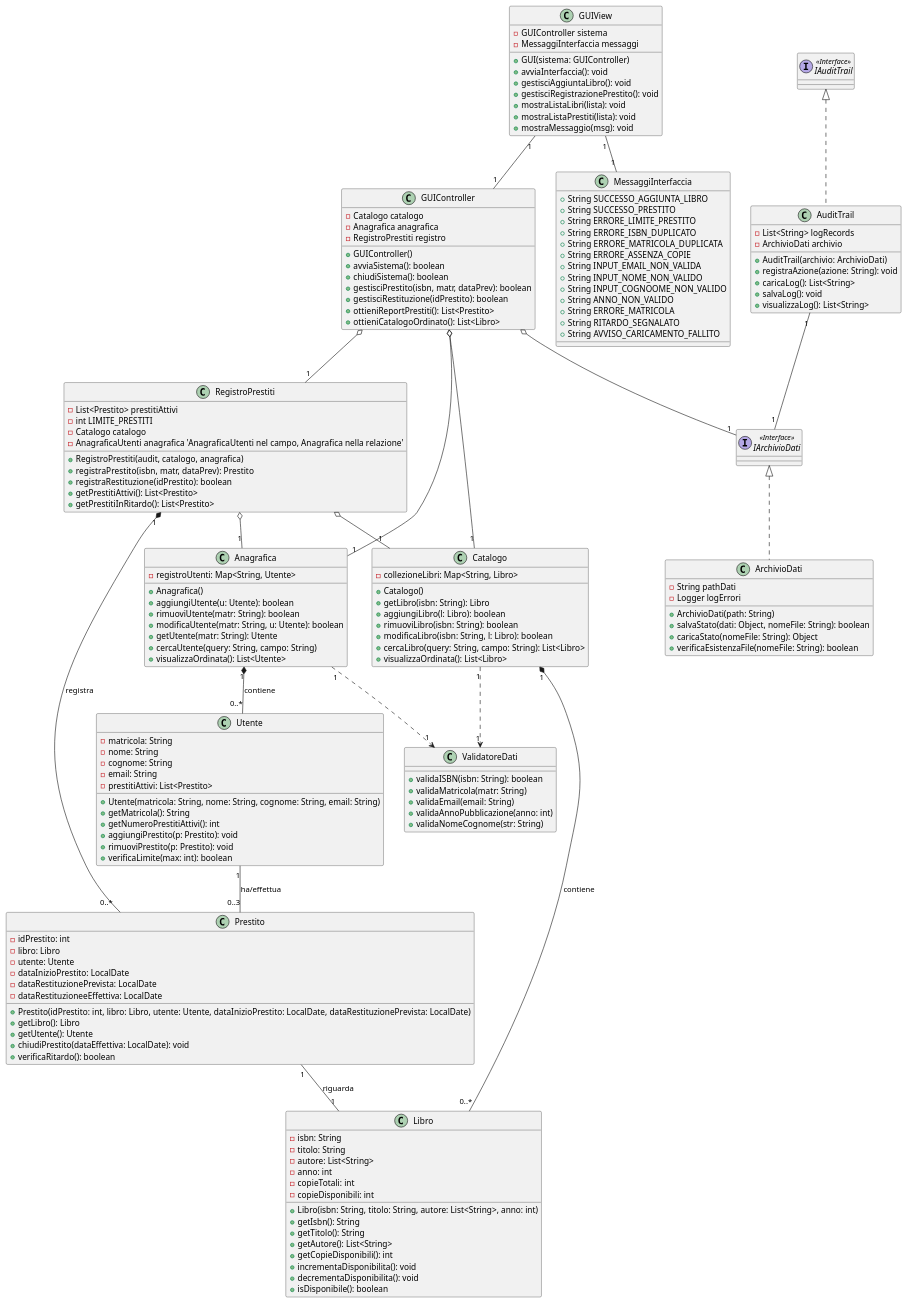
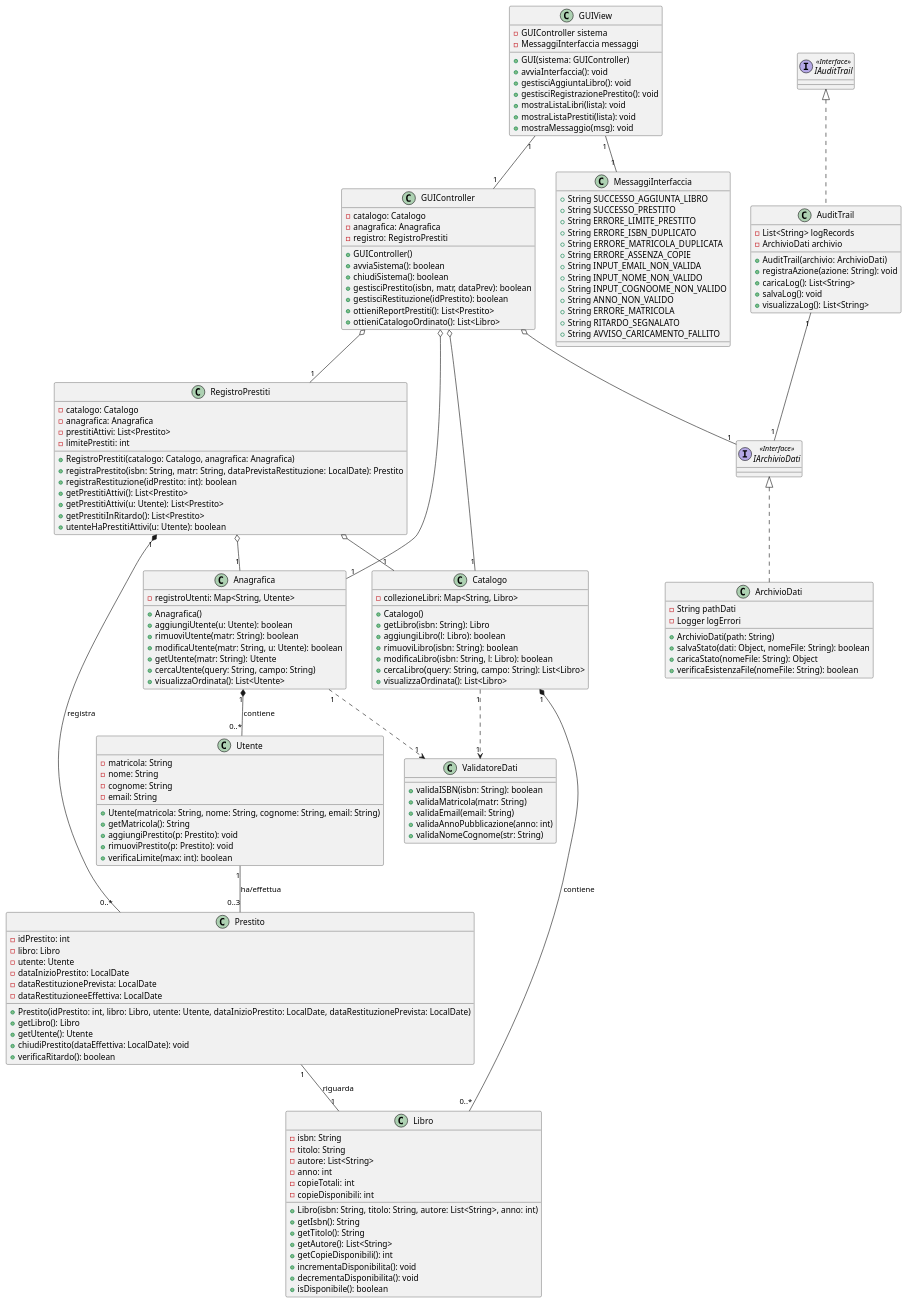
The diagram in Biblioteca/src/main/UML Class Diagram/Class Diagram.puml (c-dilieto4/Progetto-Biblioteca), drawn with PlantUML before and after one commit.

Commit message:
Uml updated

```diff
--- a/Biblioteca/src/main/UML Class Diagram/Class Diagram.puml
+++ b/Biblioteca/src/main/UML Class Diagram/Class Diagram.puml
@@ -1,189 +1,189 @@
 @startuml
 ' Definizioni delle Classi
 class Libro {
   -isbn: String 
   -titolo: String 
   -autore: List<String> 
   -anno: int 
   -copieTotali: int 
   -copieDisponibili: int 
   +Libro(isbn: String, titolo: String, autore: List<String>, anno: int)
   +getIsbn(): String
   +getTitolo(): String
   +getAutore(): List<String>
   +getCopieDisponibili(): int
   +incrementaDisponibilita(): void
   +decrementaDisponibilita(): void
   +isDisponibile(): boolean
 }
 
 class Utente {
   -matricola: String 
   -nome: String 
   -cognome: String 
   -email: String 
-  -prestitiAttivi: List<Prestito> 
   +Utente(matricola: String, nome: String, cognome: String, email: String)
   +getMatricola(): String
-  +getNumeroPrestitiAttivi(): int
   +aggiungiPrestito(p: Prestito): void
   +rimuoviPrestito(p: Prestito): void
   +verificaLimite(max: int): boolean
 }
 
 class Prestito {
   -idPrestito: int
   -libro: Libro 
   -utente: Utente 
   -dataInizioPrestito: LocalDate 
   -dataRestituzionePrevista: LocalDate 
   -dataRestituzioneeEffettiva: LocalDate 
   +Prestito(idPrestito: int, libro: Libro, utente: Utente, dataInizioPrestito: LocalDate, dataRestituzionePrevista: LocalDate)
   +getLibro(): Libro
   +getUtente(): Utente
   +chiudiPrestito(dataEffettiva: LocalDate): void
   +verificaRitardo(): boolean
 }
 
 class Catalogo {
   -collezioneLibri: Map<String, Libro> 
   +Catalogo()
   +getLibro(isbn: String): Libro
   +aggiungiLibro(l: Libro): boolean
   +rimuoviLibro(isbn: String): boolean
   +modificaLibro(isbn: String, l: Libro): boolean
   +cercaLibro(query: String, campo: String): List<Libro>
   +visualizzaOrdinata(): List<Libro>
 }
 
 class Anagrafica {
   -registroUtenti: Map<String, Utente> 
   +Anagrafica()
   +aggiungiUtente(u: Utente): boolean
   +rimuoviUtente(matr: String): boolean
   +modificaUtente(matr: String, u: Utente): boolean
   +getUtente(matr: String): Utente
   +cercaUtente(query: String, campo: String)
   +visualizzaOrdinata(): List<Utente>
 }
 
 class RegistroPrestiti {
-  -List<Prestito> prestitiAttivi
-  -int LIMITE_PRESTITI
-  -Catalogo catalogo
-  -AnagraficaUtenti anagrafica 'AnagraficaUtenti nel campo, Anagrafica nella relazione'
-  +RegistroPrestiti(audit, catalogo, anagrafica)
-  +registraPrestito(isbn, matr, dataPrev): Prestito
-  +registraRestituzione(idPrestito): boolean
+  -catalogo: Catalogo 
+  -anagrafica: Anagrafica
+  -prestitiAttivi: List<Prestito> 
+  -limitePrestiti: int 
+  +RegistroPrestiti(catalogo: Catalogo, anagrafica: Anagrafica)
+  +registraPrestito(isbn: String, matr: String, dataPrevistaRestituzione: LocalDate): Prestito
+  +registraRestituzione(idPrestito: int): boolean
   +getPrestitiAttivi(): List<Prestito>
+  +getPrestitiAttivi(u: Utente): List<Prestito>
   +getPrestitiInRitardo(): List<Prestito>
+  +utenteHaPrestitiAttivi(u: Utente): boolean
 }
 
 class GUIController {
-  -Catalogo catalogo
-  -Anagrafica anagrafica
-  -RegistroPrestiti registro
+  -catalogo: Catalogo 
+  -anagrafica: Anagrafica 
+  -registro: RegistroPrestiti 
   +GUIController()
   +avviaSistema(): boolean
   +chiudiSistema(): boolean
   +gestisciPrestito(isbn, matr, dataPrev): boolean
   +gestisciRestituzione(idPrestito): boolean
   +ottieniReportPrestiti(): List<Prestito>
   +ottieniCatalogoOrdinato(): List<Libro>
 }
 
 class AuditTrail {
   -List<String> logRecords
   -ArchivioDati archivio
   +AuditTrail(archivio: ArchivioDati)
   +registraAzione(azione: String): void
   +caricaLog(): List<String>
   +salvaLog(): void
   +visualizzaLog(): List<String>
 }
 
 class ArchivioDati {
   -String pathDati
   -Logger logErrori
   +ArchivioDati(path: String)
   +salvaStato(dati: Object, nomeFile: String): boolean
   +caricaStato(nomeFile: String): Object
   +verificaEsistenzaFile(nomeFile: String): boolean
 }
 
 class ValidatoreDati {
   +validaISBN(isbn: String): boolean
   +validaMatricola(matr: String)
   +validaEmail(email: String)
   +validaAnnoPubblicazione(anno: int)
   +validaNomeCognome(str: String)
 }
 
 class GUIView {
   -GUIController sistema
   -MessaggiInterfaccia messaggi
   +GUI(sistema: GUIController)
   +avviaInterfaccia(): void
   +gestisciAggiuntaLibro(): void
   +gestisciRegistrazionePrestito(): void
   +mostraListaLibri(lista): void
   +mostraListaPrestiti(lista): void
   +mostraMessaggio(msg): void
 }
 
 class MessaggiInterfaccia {
   +String SUCCESSO_AGGIUNTA_LIBRO
   +String SUCCESSO_PRESTITO
   +String ERRORE_LIMITE_PRESTITO
   +String ERRORE_ISBN_DUPLICATO
   +String ERRORE_MATRICOLA_DUPLICATA
   +String ERRORE_ASSENZA_COPIE
   +String INPUT_EMAIL_NON_VALIDA
   +String INPUT_NOME_NON_VALIDO
   +String INPUT_COGNOOME_NON_VALIDO
   +String ANNO_NON_VALIDO
   +String ERRORE_MATRICOLA
   +String RITARDO_SEGNALATO
   +String AVVISO_CARICAMENTO_FALLITO
 }
 
 ' Interfacce (come da tue specifiche)
 interface IAuditTrail <<Interface>>
 interface IArchivioDati <<Interface>>
 
 ' Correzione dei nomi delle classi che implementano le interfacce per evitare ambiguità
 AuditTrail .up.|> IAuditTrail
 ArchivioDati .up.|> IArchivioDati
 
 ' Correzione delle Relazioni
 ' Composizione
 Catalogo "1" *-- "0..*" Libro : contiene
 Anagrafica "1" *-- "0..*" Utente : contiene
 RegistroPrestiti "1" *-- "0..*" Prestito : registra
 
 ' Associazione (Utente-Prestito)
 Prestito "1" -- "1" Libro : riguarda
 Utente "1" -- "0..3" Prestito : ha/effettua
 
 ' Aggregazione (GUIController usa i componenti principali)
 GUIController o-- "1" Catalogo
 GUIController o-- "1" Anagrafica
 GUIController o-- "1" RegistroPrestiti
 
 ' Aggregazione (RegistroPrestiti usa i cataloghi)
 RegistroPrestiti o-- "1" Catalogo
 RegistroPrestiti o-- "1" Anagrafica
 
 ' Dipendenza / Uso
 GUIController o-- "1" IArchivioDati
 AuditTrail "1" -- "1" IArchivioDati
 GUIView "1" -- "1" GUIController
 
 ' Dipendenza con il Validatore (Usa)
 Catalogo "1" ..> "1" ValidatoreDati
 Anagrafica "1" ..> "1" ValidatoreDati
 
 ' Associazione tra View e Messaggi
 GUIView "1" -- "1" MessaggiInterfaccia
 
 @enduml
```
